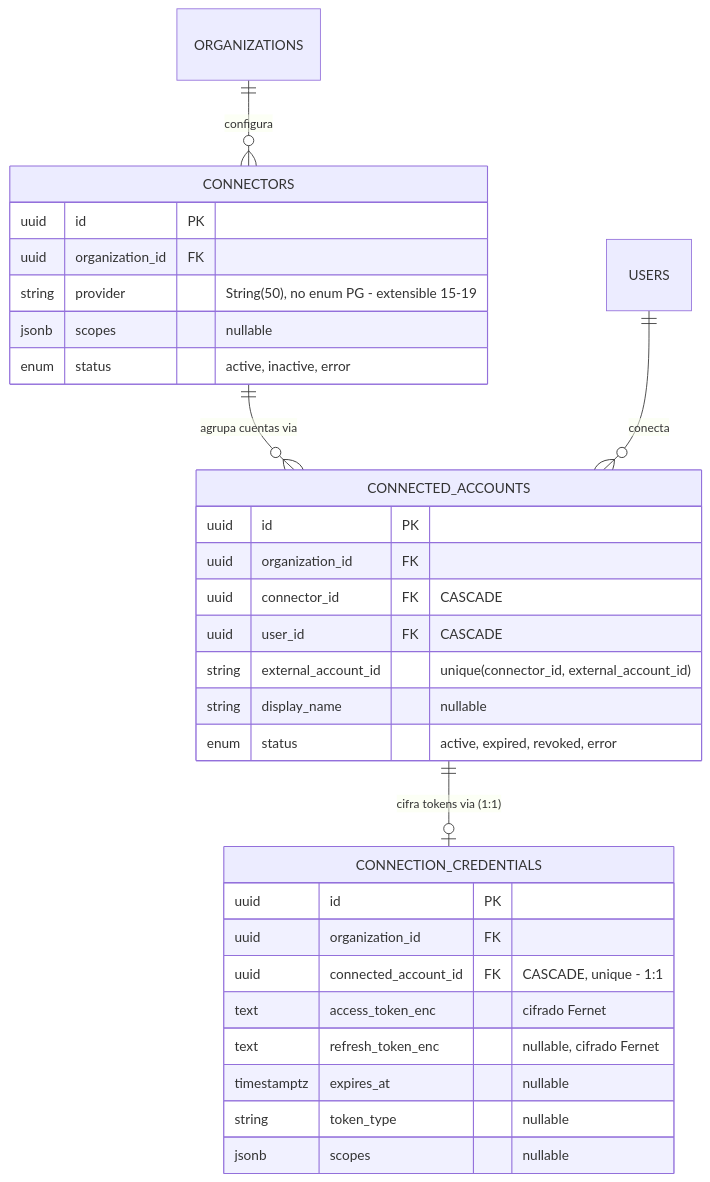
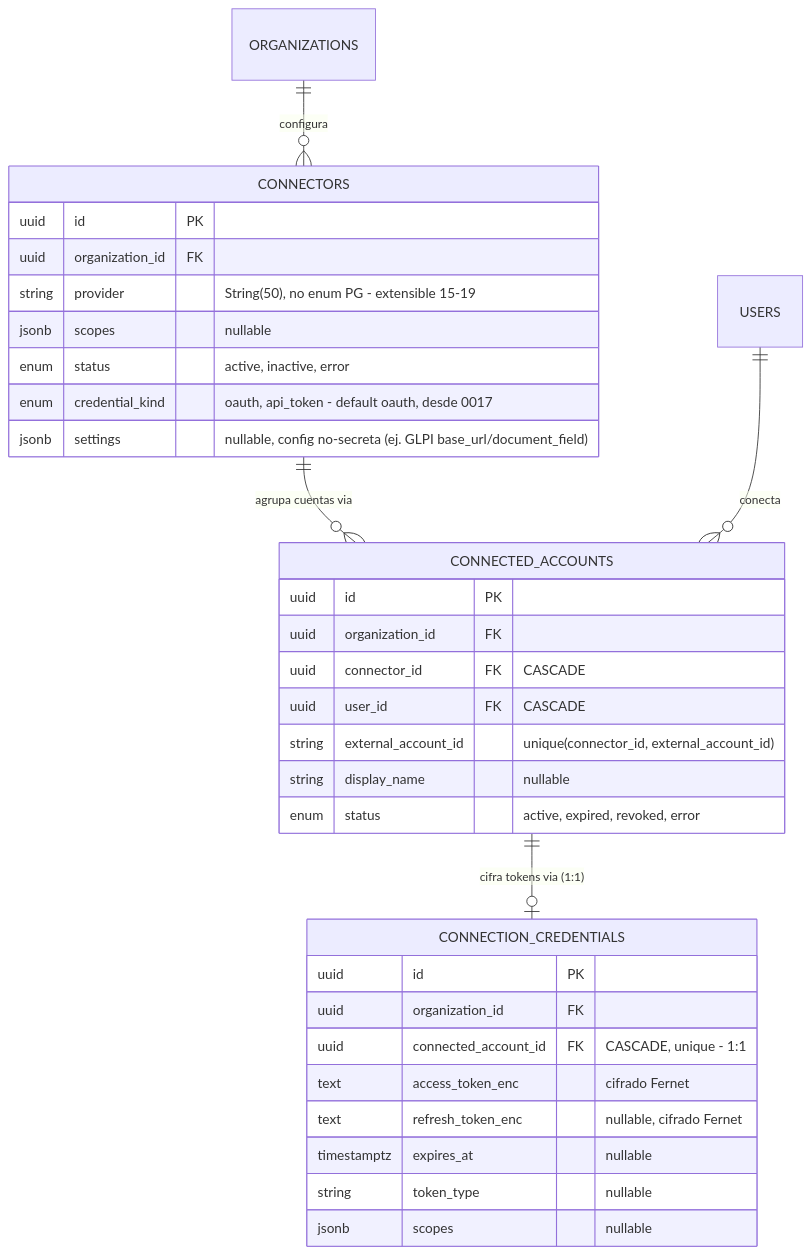
The sixth of 7 diagrams in docs/diagrams/er-model.md (solercia-solutions/solercia-command), drawn with Mermaid before and after one commit. The commit also changed other lines of this file and 9 other files, not shown here.

````diff
--- a/docs/diagrams/er-model.md
+++ b/docs/diagrams/er-model.md
@@ -567,36 +583,38 @@
 ```mermaid
 erDiagram
     ORGANIZATIONS      ||--o{ CONNECTORS : "configura"
     CONNECTORS         ||--o{ CONNECTED_ACCOUNTS : "agrupa cuentas via"
     USERS              ||--o{ CONNECTED_ACCOUNTS : "conecta"
     CONNECTED_ACCOUNTS ||--o| CONNECTION_CREDENTIALS : "cifra tokens via (1:1)"
 
     CONNECTORS {
         uuid id PK
         uuid organization_id FK
         string provider "String(50), no enum PG - extensible 15-19"
         jsonb scopes "nullable"
         enum status "active, inactive, error"
+        enum credential_kind "oauth, api_token - default oauth, desde 0017"
+        jsonb settings "nullable, config no-secreta (ej. GLPI base_url/document_field)"
     }
 
     CONNECTED_ACCOUNTS {
         uuid id PK
         uuid organization_id FK
         uuid connector_id FK "CASCADE"
         uuid user_id FK "CASCADE"
         string external_account_id "unique(connector_id, external_account_id)"
         string display_name "nullable"
         enum status "active, expired, revoked, error"
     }
 
     CONNECTION_CREDENTIALS {
         uuid id PK
         uuid organization_id FK
         uuid connected_account_id FK "CASCADE, unique - 1:1"
         text access_token_enc "cifrado Fernet"
         text refresh_token_enc "nullable, cifrado Fernet"
         timestamptz expires_at "nullable"
         string token_type "nullable"
         jsonb scopes "nullable"
     }
 ```
````
